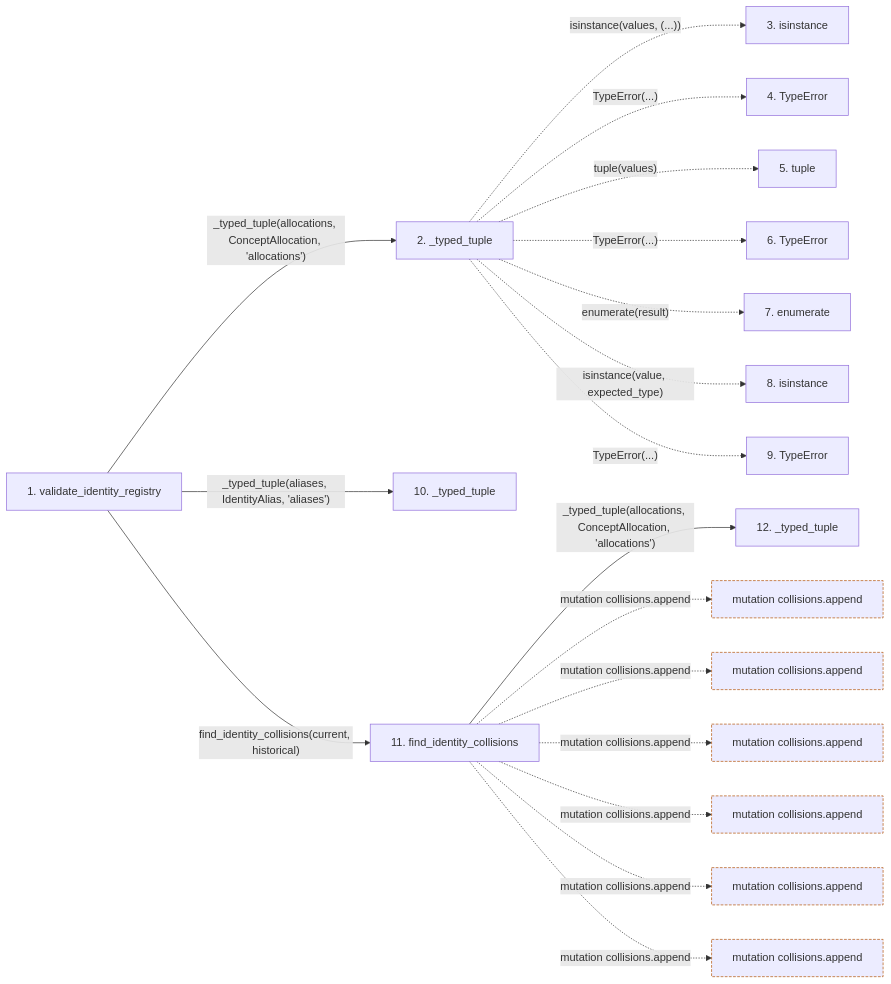
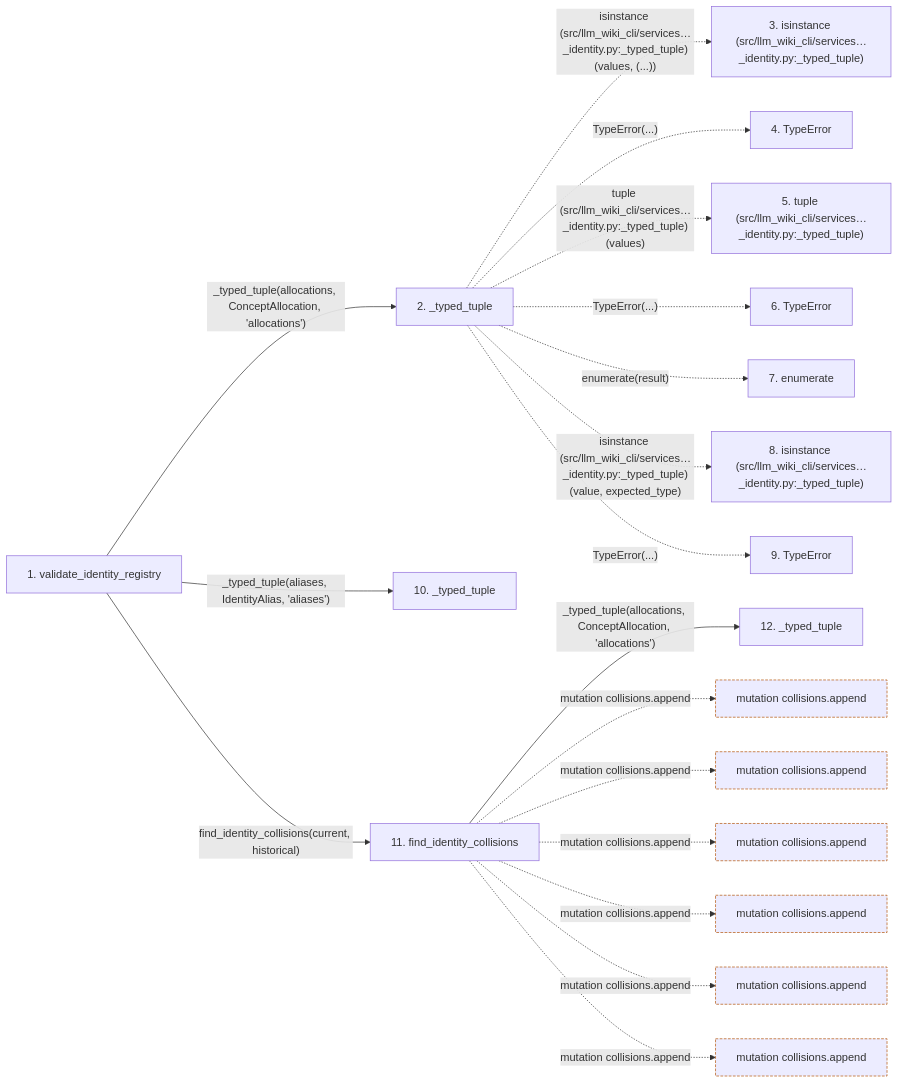
The second of 2 diagrams in docs/llm_wiki/flows/api-validate_identity_registry.md (Denissvgn/python-wiki-llm), drawn with Mermaid before and after one commit. The commit also changed other lines of this file and 719 other files, not shown here.

````diff
--- a/docs/llm_wiki/flows/api-validate_identity_registry.md
+++ b/docs/llm_wiki/flows/api-validate_identity_registry.md
@@ -68,50 +72,50 @@
 ```mermaid
 flowchart LR
     s1["1. validate_identity_registry"]
     s2["2. _typed_tuple"]
-    s3["3. isinstance"]
+    s3["3. isinstance (src/llm_wiki_cli/services…_identity.py:_typed_tuple)"]
     s4["4. TypeError"]
-    s5["5. tuple"]
+    s5["5. tuple (src/llm_wiki_cli/services…_identity.py:_typed_tuple)"]
     s6["6. TypeError"]
     s7["7. enumerate"]
-    s8["8. isinstance"]
+    s8["8. isinstance (src/llm_wiki_cli/services…_identity.py:_typed_tuple)"]
     s9["9. TypeError"]
     s10["10. _typed_tuple"]
     s11["11. find_identity_collisions"]
     s12["12. _typed_tuple"]
     s1 -->|"_typed_tuple(allocations, ConceptAllocation, 'allocations')"| s2
-    s2 -. "isinstance(values, (...))" .-> s3
+    s2 -. "isinstance (src/llm_wiki_cli/services…_identity.py:_typed_tuple)(values, (...))" .-> s3
     s2 -. "TypeError(...)" .-> s4
-    s2 -. "tuple(values)" .-> s5
+    s2 -. "tuple (src/llm_wiki_cli/services…_identity.py:_typed_tuple)(values)" .-> s5
     s2 -. "TypeError(...)" .-> s6
     s2 -. "enumerate(result)" .-> s7
-    s2 -. "isinstance(value, expected_type)" .-> s8
+    s2 -. "isinstance (src/llm_wiki_cli/services…_identity.py:_typed_tuple)(value, expected_type)" .-> s8
     s2 -. "TypeError(...)" .-> s9
     s1 -->|"_typed_tuple(aliases, IdentityAlias, 'aliases')"| s10
     s1 -->|"find_identity_collisions(current, historical)"| s11
     s11 -->|"_typed_tuple(allocations, ConceptAllocation, 'allocations')"| s12
     b0["mutation collisions.append"]
     s11 -. "mutation collisions.append" .-> b0
     b1["mutation collisions.append"]
     s11 -. "mutation collisions.append" .-> b1
     b2["mutation collisions.append"]
     s11 -. "mutation collisions.append" .-> b2
     b3["mutation collisions.append"]
     s11 -. "mutation collisions.append" .-> b3
     b4["mutation collisions.append"]
     s11 -. "mutation collisions.append" .-> b4
     b5["mutation collisions.append"]
     s11 -. "mutation collisions.append" .-> b5
     click s1 "../modules/concept_identity.md"
     click s2 "../modules/concept_identity.md"
     click s10 "../modules/concept_identity.md"
     click s11 "../modules/concept_identity.md"
     click s12 "../modules/concept_identity.md"
     classDef boundary stroke:#b45309,stroke-dasharray: 4 2
     class b0 boundary
     class b1 boundary
     class b2 boundary
     class b3 boundary
     class b4 boundary
     class b5 boundary
 ```
````
